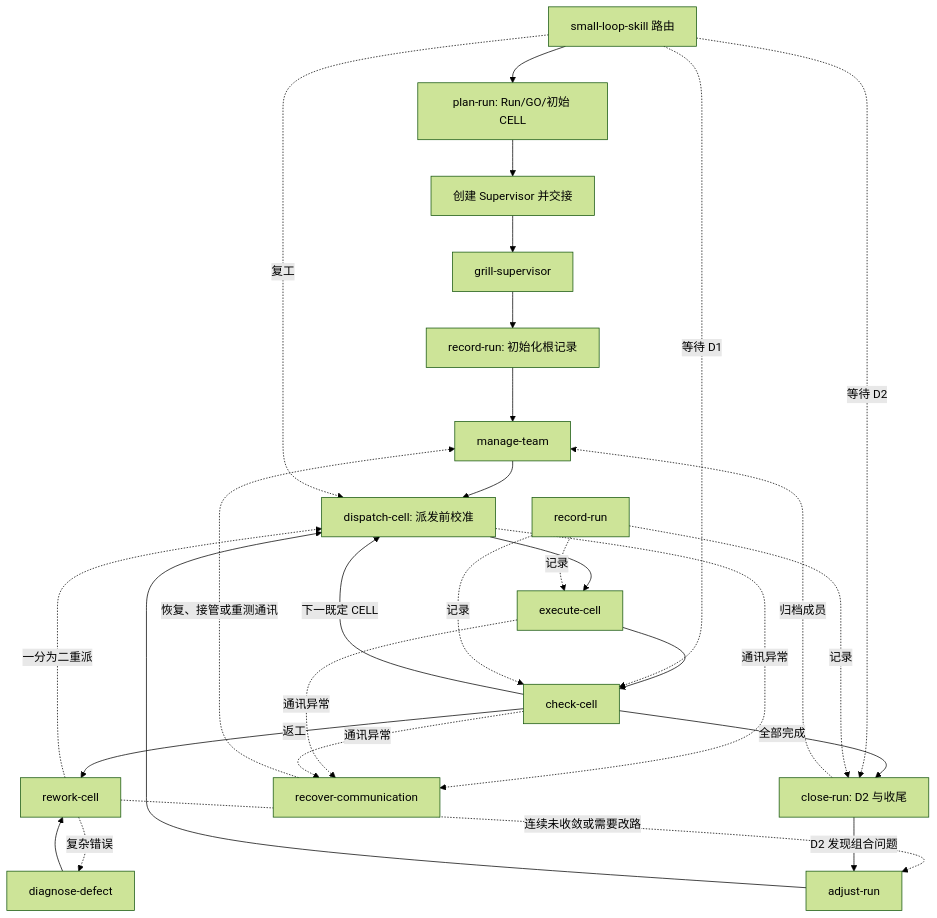
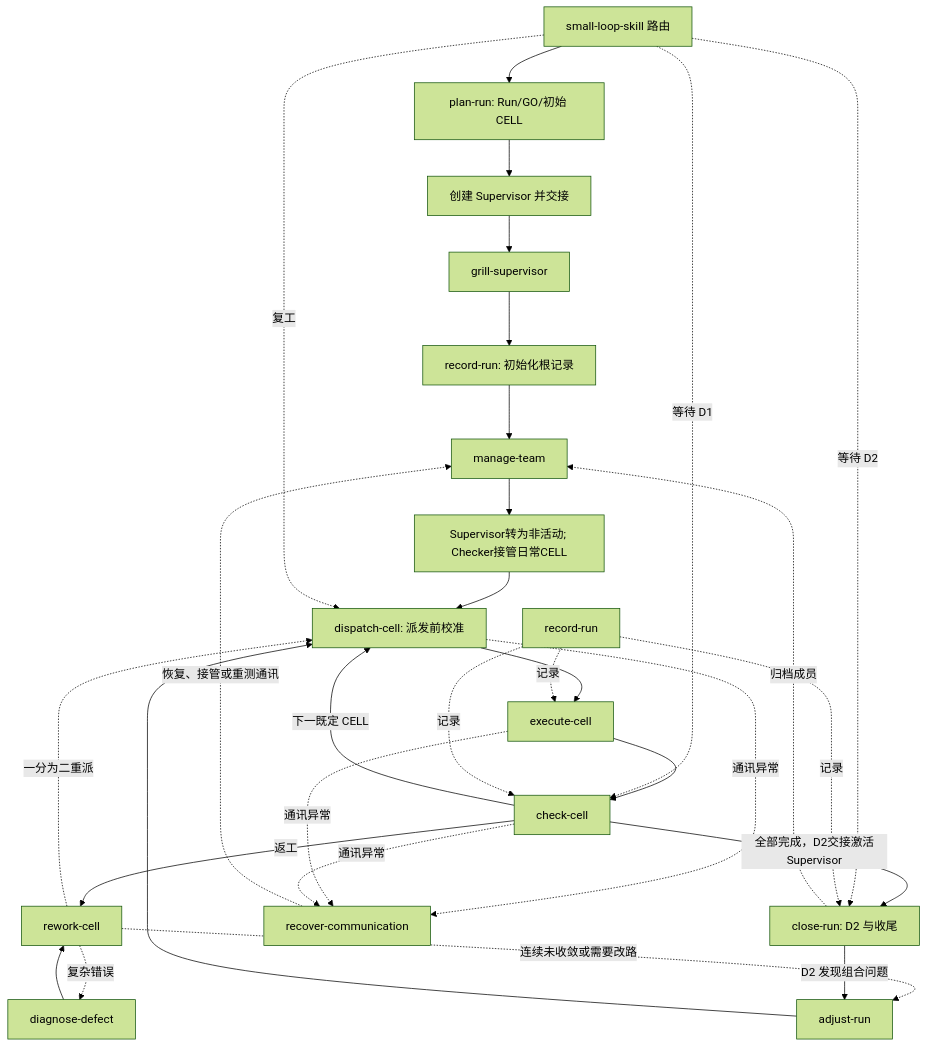
Before and after one commit to DWG7318/small-loop-skill: the diagram in docs/superpowers/specs/2026-08-22-slk-lightweight-skill-collection-design.md, drawn with Mermaid (forest theme). The commit also changed other lines of this file and 18 other files, not shown here.

````diff
--- a/docs/superpowers/specs/2026-08-22-slk-lightweight-skill-collection-design.md
+++ b/docs/superpowers/specs/2026-08-22-slk-lightweight-skill-collection-design.md
@@ -124,32 +128,32 @@
 ```mermaid
 flowchart TB
     M[small-loop-skill 路由]
     P[plan-run: Run/GO/初始 CELL] --> S[创建 Supervisor 并交接] --> G[grill-supervisor]
     G --> I[record-run: 初始化根记录] --> B[manage-team]
-    B --> D[dispatch-cell: 派发前校准] --> E[execute-cell] --> K[check-cell]
+    B --> H[Supervisor转为非活动; Checker接管日常CELL] --> D[dispatch-cell: 派发前校准] --> E[execute-cell] --> K[check-cell]
     K -->|下一既定 CELL| D
-    K -->|全部完成| X[close-run: D2 与收尾]
+    K -->|全部完成，D2交接激活Supervisor| X[close-run: D2 与收尾]
 
     M --> P
     M -.复工.-> D
     M -.等待 D1.-> K
     M -.等待 D2.-> X
 
     RR[record-run] -.记录.-> E
     RR -.记录.-> K
     RR -.记录.-> X
 
     K -->|返工| RW[rework-cell]
     RW -.复杂错误.-> DF[diagnose-defect]
     RW -.一分为二重派.-> D
     RW -.连续未收敛或需要改路.-> RP[adjust-run]
     DF --> RW
     RP --> D
 
     D -.通讯异常.-> RC[recover-communication]
     E -.通讯异常.-> RC
     K -.通讯异常.-> RC
     RC -.恢复、接管或重测通讯.-> B
     X -->|D2 发现组合问题| RP
     X -.归档成员.-> B
 ```
````
